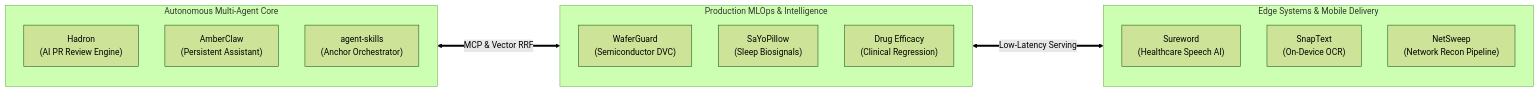
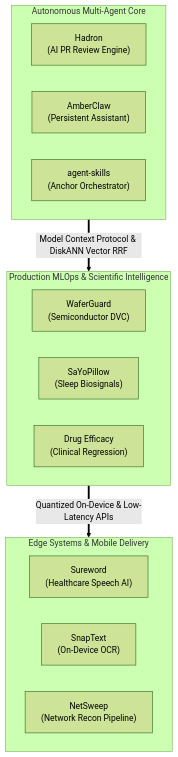
Before and after one commit to krishujeniya/krishujeniya: the diagram in README.md, drawn with Mermaid (forest theme). The commit also changed other lines of this file, not shown here.

````diff
--- a/README.md
+++ b/README.md
@@ -61,23 +57,23 @@
 ```mermaid
-flowchart LR
+flowchart TD
     subgraph MultiAgent["Autonomous Multi-Agent Core"]
         A1["Hadron<br/>(AI PR Review Engine)"]
         A2["AmberClaw<br/>(Persistent Assistant)"]
         A3["agent-skills<br/>(Anchor Orchestrator)"]
     end
 
-    subgraph MLOps["Production MLOps & Intelligence"]
+    subgraph MLOps["Production MLOps & Scientific Intelligence"]
         B1["WaferGuard<br/>(Semiconductor DVC)"]
         B2["SaYoPillow<br/>(Sleep Biosignals)"]
         B3["Drug Efficacy<br/>(Clinical Regression)"]
     end
 
     subgraph Edge["Edge Systems & Mobile Delivery"]
         C1["Sureword<br/>(Healthcare Speech AI)"]
         C2["SnapText<br/>(On-Device OCR)"]
         C3["NetSweep<br/>(Network Recon Pipeline)"]
     end
 
-    MultiAgent <===>|MCP & Vector RRF| MLOps
-    MLOps <===>|Low-Latency Serving| Edge
+    MultiAgent ==>|Model Context Protocol & DiskANN Vector RRF| MLOps
+    MLOps ==>|Quantized On-Device & Low-Latency APIs| Edge
 ```
````
